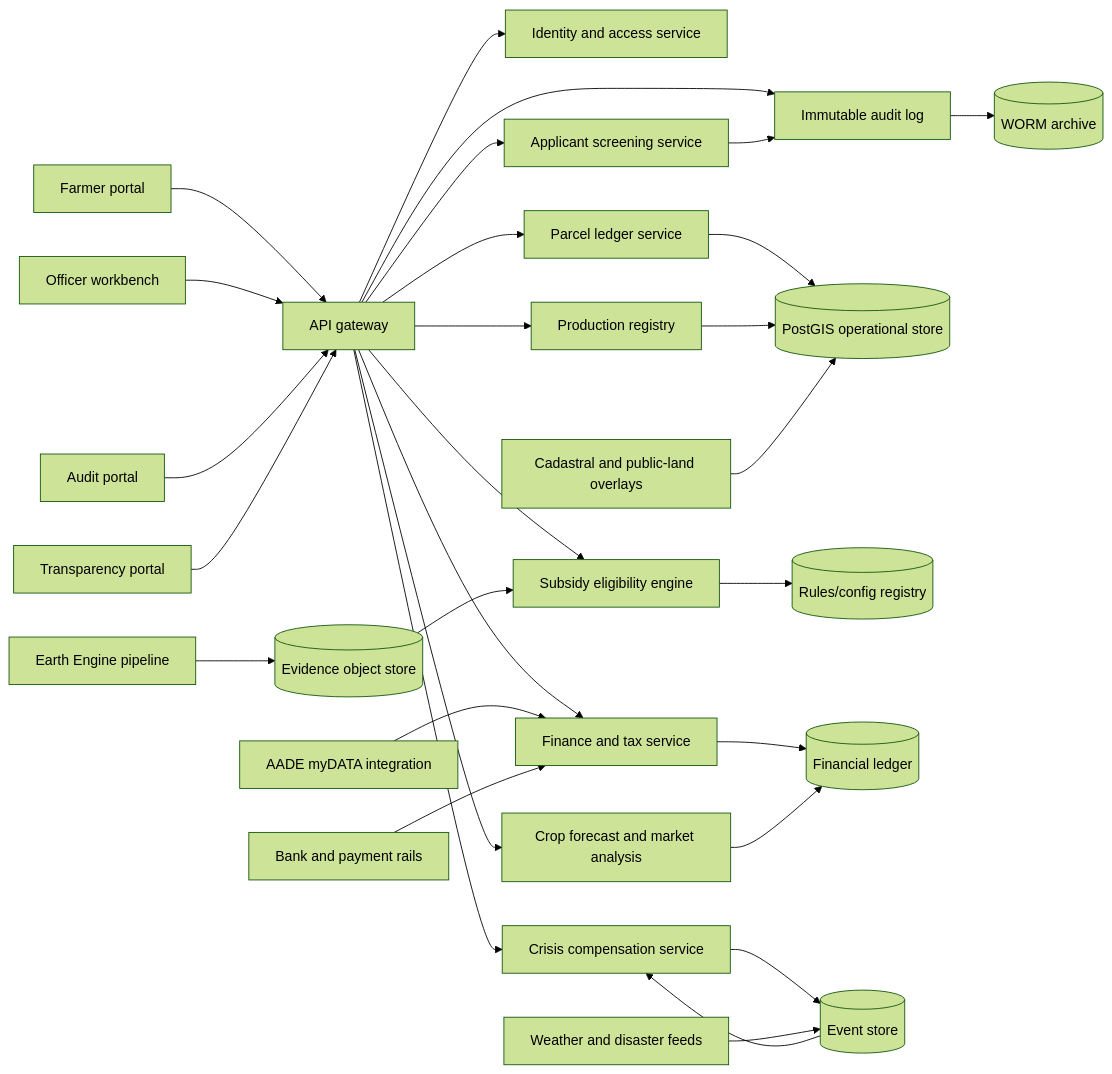
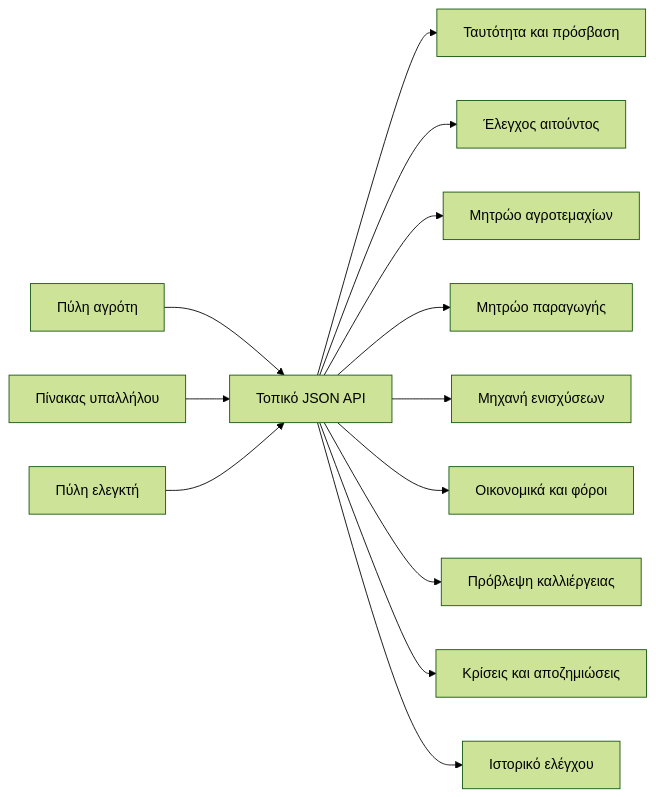
Before and after one commit to EvripidisMokkas/OPEKEPE-SYSTEM-main: the diagram in docs/architecture.md, drawn with Mermaid (forest theme). The commit also changed other lines of this file and 5 other files, not shown here.

````diff
--- a/docs/architecture.md
+++ b/docs/architecture.md
@@ -5,35 +7,16 @@
 ```mermaid
 flowchart LR
-    Farmer[Farmer portal] --> API[API gateway]
-    Officer[Officer workbench] --> API
-    Auditor[Audit portal] --> API
-    Public[Transparency portal] --> API
+    Farmer[Πύλη αγρότη] --> API[Τοπικό JSON API]
+    Officer[Πίνακας υπαλλήλου] --> API
+    Auditor[Πύλη ελεγκτή] --> API
 
-    API --> Identity[Identity and access service]
-    API --> Screening[Applicant screening service]
-    API --> Parcel[Parcel ledger service]
-    API --> Production[Production registry]
-    API --> Subsidy[Subsidy eligibility engine]
-    API --> Finance[Finance and tax service]
-    API --> Forecast[Crop forecast and market analysis]
-    API --> Crisis[Crisis compensation service]
-    API --> Audit[Immutable audit log]
-
-    Screening --> Audit
-    Parcel --> PostGIS[(PostGIS operational store)]
-    Production --> PostGIS
-    Subsidy --> Rules[(Rules/config registry)]
-    Finance --> Ledger[(Financial ledger)]
-    Forecast --> Ledger
-    Crisis --> EventStore[(Event store)]
-
-    Satellite[Earth Engine pipeline] --> Evidence[(Evidence object store)]
-    Weather[Weather and disaster feeds] --> EventStore
-    Cadastral[Cadastral and public-land overlays] --> PostGIS
-    Tax[AADE myDATA integration] --> Finance
-    Payments[Bank and payment rails] --> Finance
-
-    Evidence --> Subsidy
-    EventStore --> Crisis
-    Audit --> Archive[(WORM archive)]
+    API --> Identity[Ταυτότητα και πρόσβαση]
+    API --> Screening[Έλεγχος αιτούντος]
+    API --> Parcel[Μητρώο αγροτεμαχίων]
+    API --> Production[Μητρώο παραγωγής]
+    API --> Subsidy[Μηχανή ενισχύσεων]
+    API --> Finance[Οικονομικά και φόροι]
+    API --> Forecast[Πρόβλεψη καλλιέργειας]
+    API --> Crisis[Κρίσεις και αποζημιώσεις]
+    API --> Audit[Ιστορικό ελέγχου]
 ```
````
